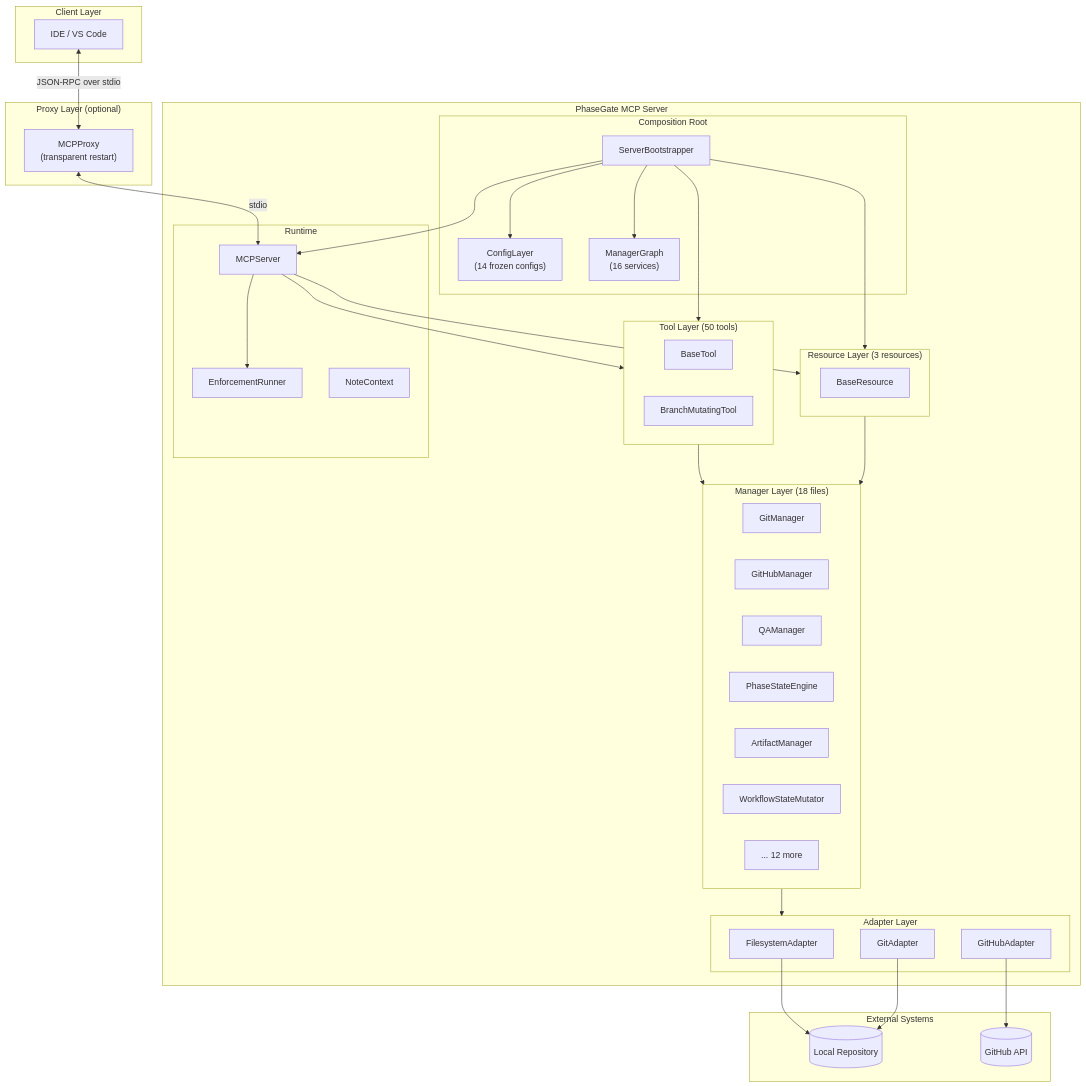
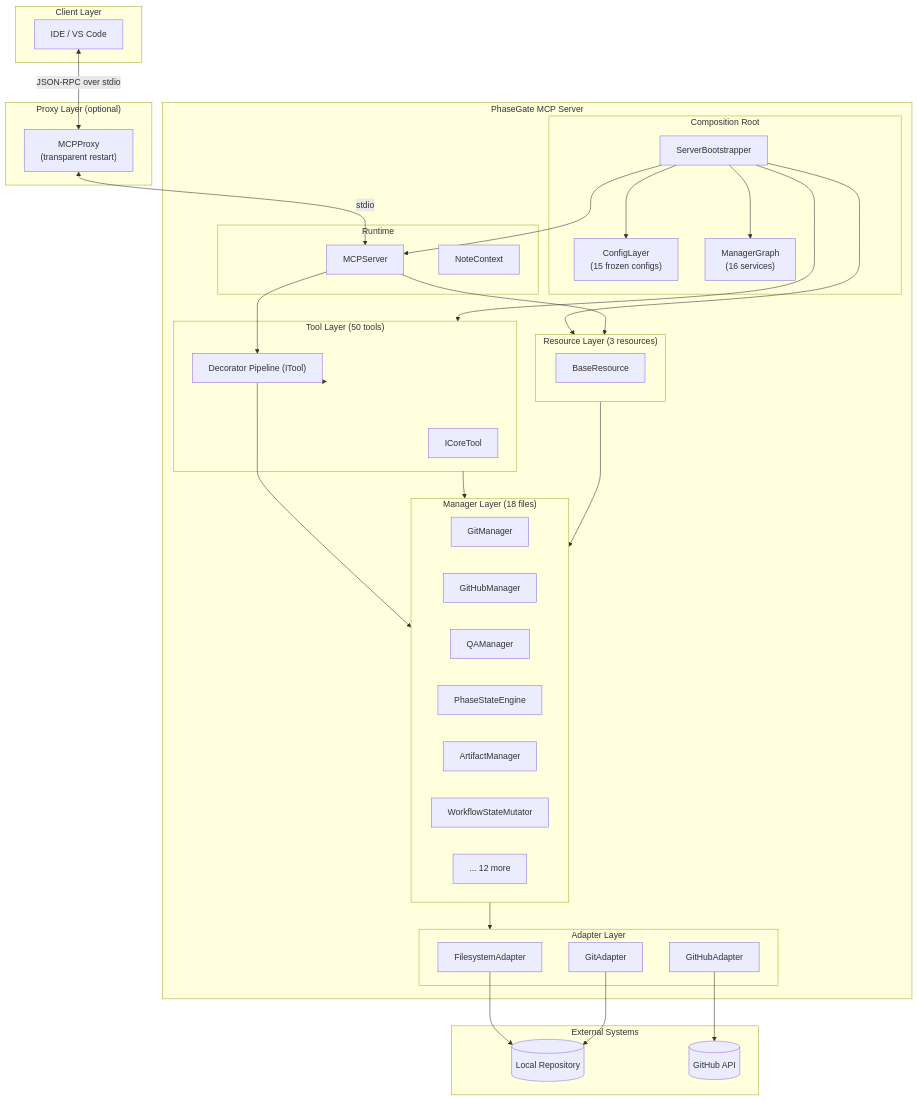
One commit to MikeyVK/phase-gate-mcp changed the first of 4 diagrams in docs/mcp_server/ARCHITECTURE.md. Above: the diagram before and after it, drawn with Mermaid. The commit also changed other lines of this file, not shown here.

````diff
--- a/docs/mcp_server/ARCHITECTURE.md
+++ b/docs/mcp_server/ARCHITECTURE.md
@@ -90,75 +90,75 @@
 ```mermaid
 graph TB
     subgraph Clients ["Client Layer"]
         IDE["IDE / VS Code"]
     end
 
     subgraph Proxy ["Proxy Layer (optional)"]
         MCPProxy["MCPProxy\n(transparent restart)"]
     end
 
     subgraph Server ["PhaseGate MCP Server"]
         subgraph Bootstrap ["Composition Root"]
             Bootstrapper["ServerBootstrapper"]
-            ConfigLayer["ConfigLayer\n(14 frozen configs)"]
+            ConfigLayer["ConfigLayer\n(15 frozen configs)"]
             ManagerGraph["ManagerGraph\n(16 services)"]
         end
 
         subgraph Runtime ["Runtime"]
             MCPServer["MCPServer"]
-            Enforcement["EnforcementRunner"]
             NoteCtx["NoteContext"]
         end
 
         subgraph Tools ["Tool Layer (50 tools)"]
-            BaseTool["BaseTool"]
-            BranchMut["BranchMutatingTool"]
+            ICoreTool["ICoreTool"]
+            Pipeline["Decorator Pipeline (ITool)"]
         end
 
         subgraph Resources ["Resource Layer (3 resources)"]
             BaseRes["BaseResource"]
         end
 
         subgraph Managers ["Manager Layer (18 files)"]
             GitMgr["GitManager"]
             GHMgr["GitHubManager"]
             QAMgr["QAManager"]
             PhaseSE["PhaseStateEngine"]
             ArtMgr["ArtifactManager"]
             StateMut["WorkflowStateMutator"]
             OtherMgr["... 12 more"]
         end
 
         subgraph Adapters ["Adapter Layer"]
             FSAdapter["FilesystemAdapter"]
             GitAdapter["GitAdapter"]
             GHAdapter["GitHubAdapter"]
         end
     end
 
     subgraph External ["External Systems"]
         Repo[("Local Repository")]
         Remote[("GitHub API")]
     end
 
     IDE <-->|"JSON-RPC over stdio"| MCPProxy
     MCPProxy <-->|"stdio"| MCPServer
 
     Bootstrapper --> ConfigLayer
     Bootstrapper --> ManagerGraph
     Bootstrapper --> Tools
     Bootstrapper --> Resources
     Bootstrapper --> MCPServer
 
-    MCPServer --> Enforcement
-    MCPServer --> Tools
+    MCPServer --> Pipeline
+    Pipeline --> Tools
     MCPServer --> Resources
 
+    Pipeline --> Managers
     Tools --> Managers
     Resources --> Managers
     Managers --> Adapters
 
     FSAdapter --> Repo
     GitAdapter --> Repo
     GHAdapter --> Remote
 ```
````
